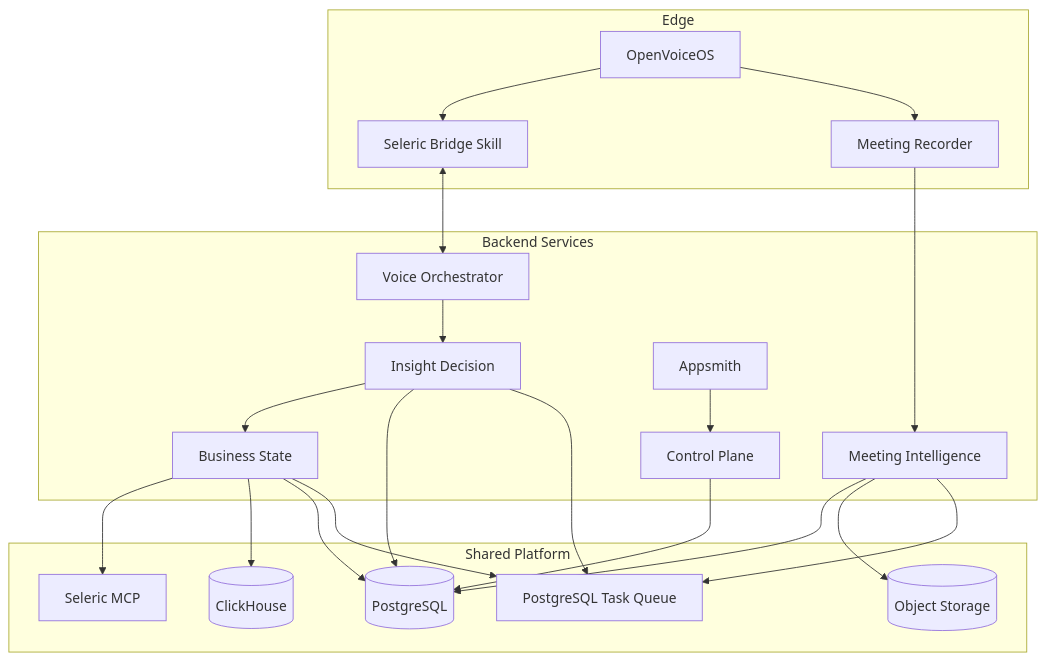
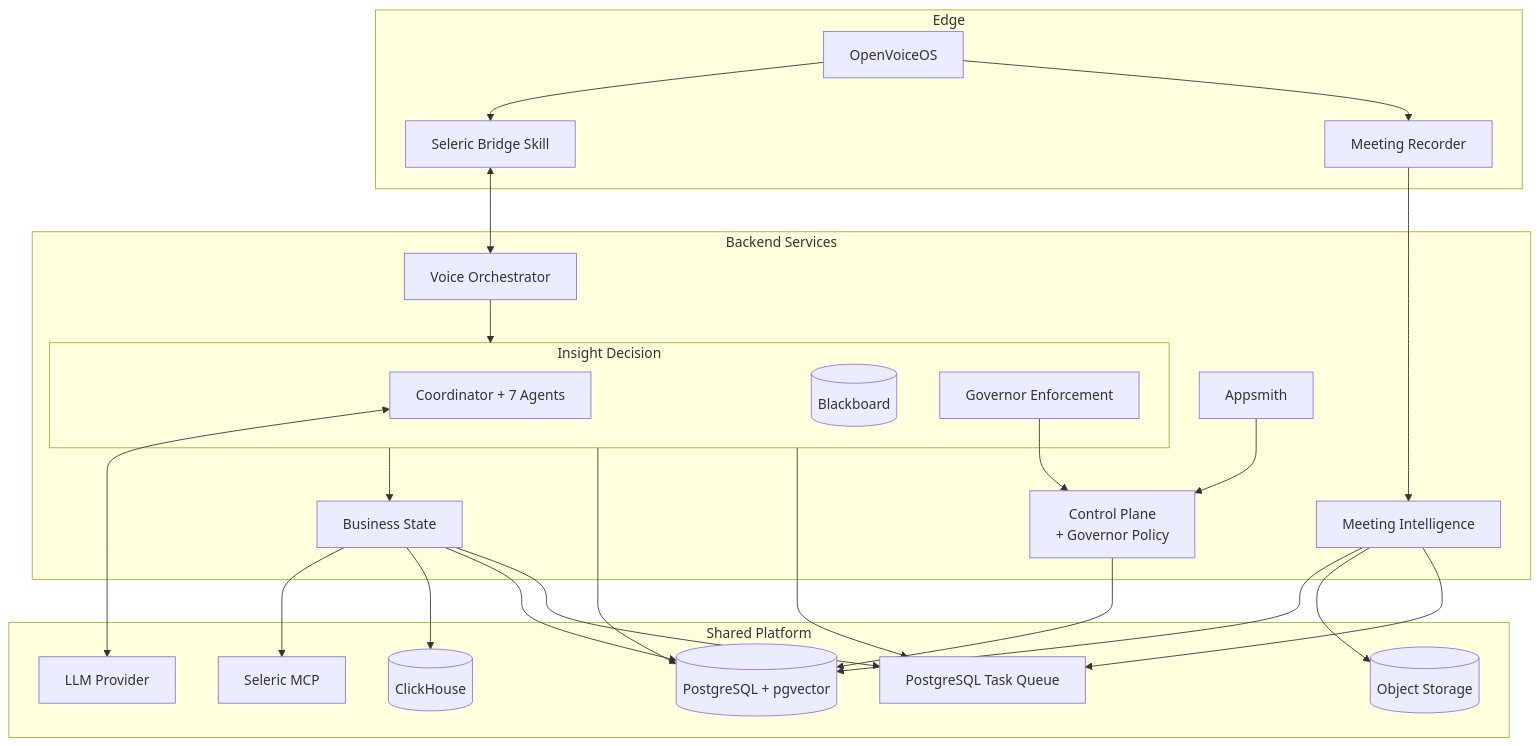
The diagram in diagrams/hld_services.mmd (Tervigon-Collective/Seleric_Agent), drawn with Mermaid before and after one commit. The commit also changed 26 other files, not shown here.

```diff
--- a/diagrams/hld_services.mmd
+++ b/diagrams/hld_services.mmd
@@ -1,41 +1,48 @@
 flowchart TB
     subgraph Edge[Edge]
         OVOS[OpenVoiceOS]
         Bridge[Seleric Bridge Skill]
         Rec[Meeting Recorder]
         OVOS --> Bridge
         OVOS --> Rec
     end
 
     subgraph Services[Backend Services]
         VO[Voice Orchestrator]
         BS[Business State]
-        ID[Insight Decision]
+        subgraph ID[Insight Decision]
+            Swarm[Coordinator + 7 Agents]
+            BB[(Blackboard)]
+            Gov[Governor Enforcement]
+        end
         MI[Meeting Intelligence]
-        CP[Control Plane]
+        CP[Control Plane<br/>+ Governor Policy]
         AU[Appsmith]
     end
 
     subgraph Platform[Shared Platform]
         MCP[Seleric MCP]
-        PG[(PostgreSQL)]
+        PG[(PostgreSQL + pgvector)]
         CH[(ClickHouse)]
         OBJ[(Object Storage)]
         Q[PostgreSQL Task Queue]
+        LLM[LLM Provider]
     end
 
     Bridge <--> VO
     Rec --> MI
     VO --> ID
     ID --> BS
     BS --> MCP
     BS --> CH
     BS --> PG
     ID --> PG
+    Swarm <--> LLM
+    Gov --> CP
     MI --> PG
     MI --> OBJ
     CP --> PG
     AU --> CP
     BS --> Q
     ID --> Q
     MI --> Q
```
